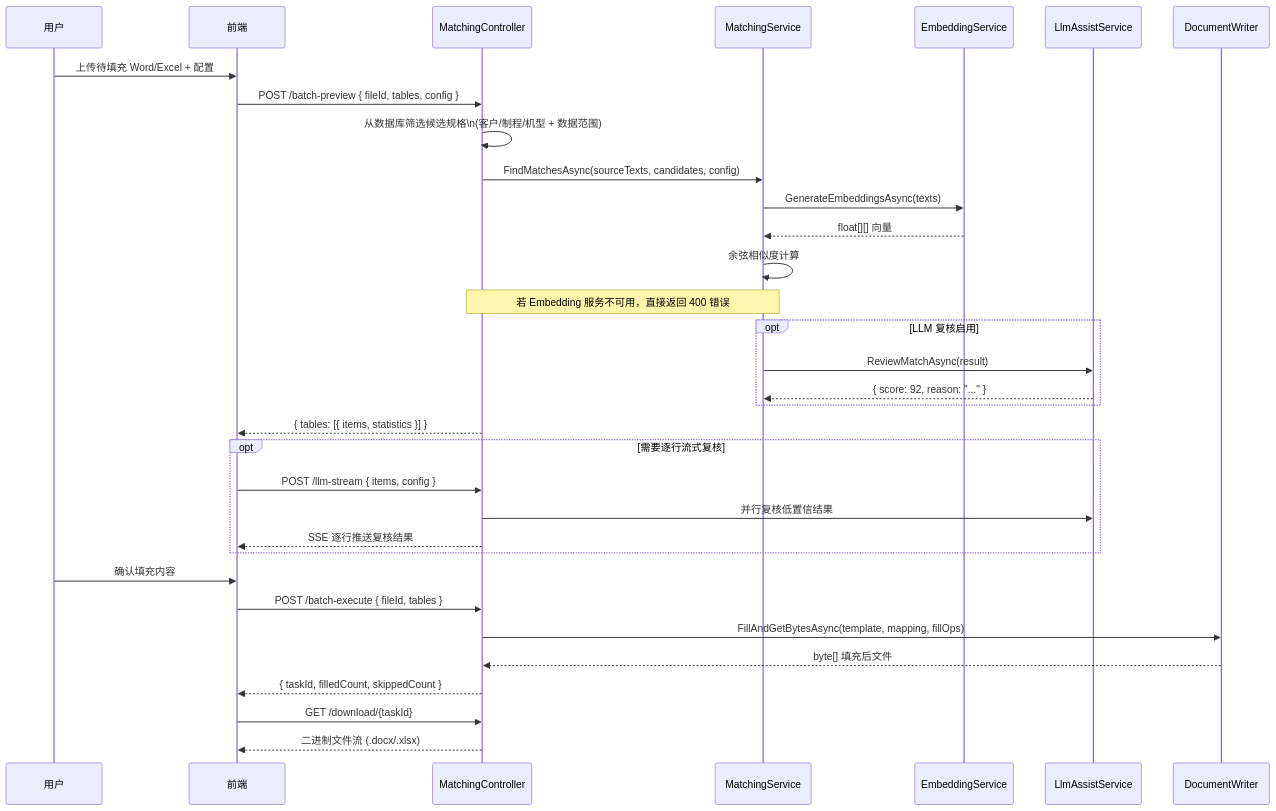
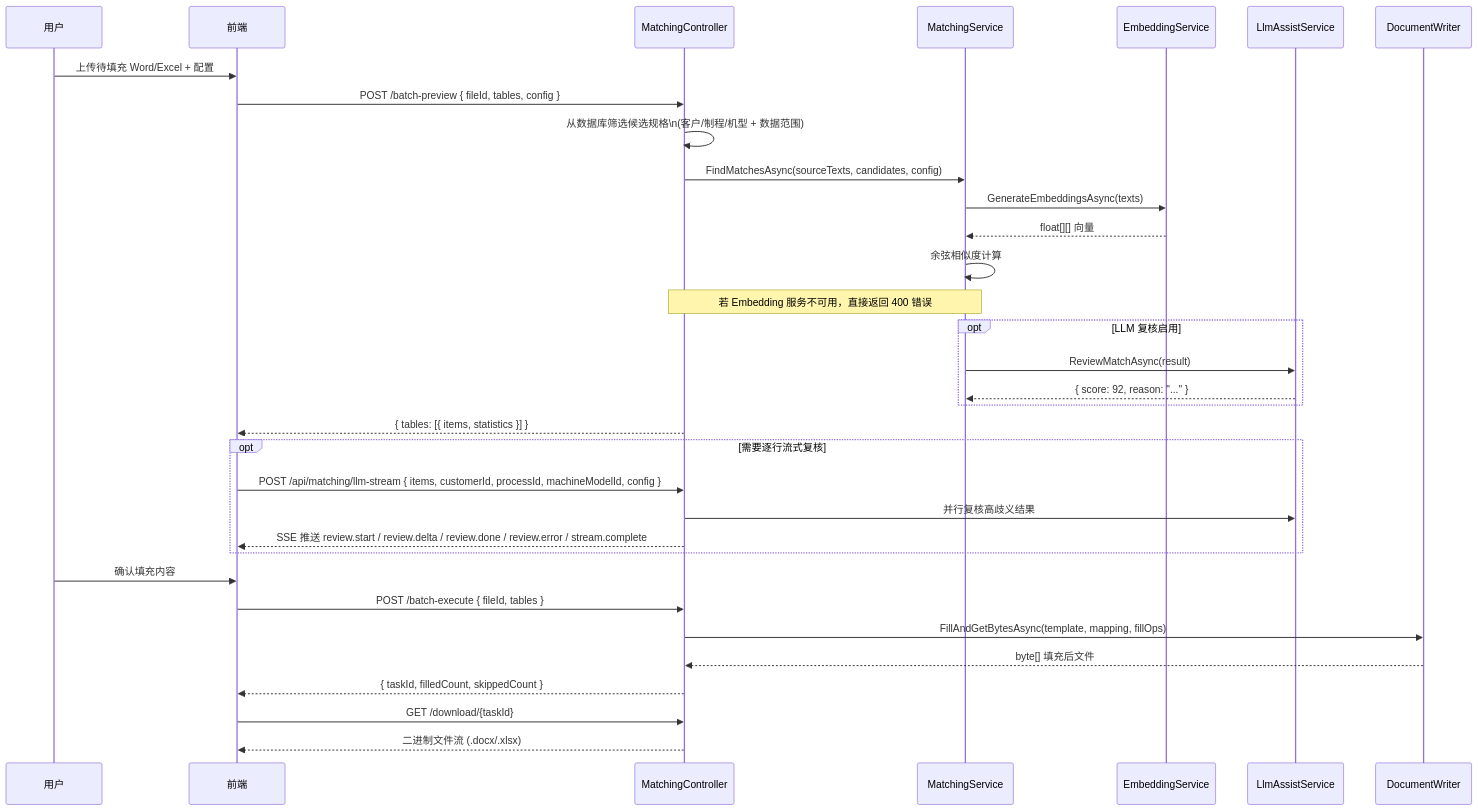
Before and after one commit to xiaocaiisxiaocai/AcceptanceSpecRecognition: diagram 18 of 28 in docs/design-overview.md, drawn with Mermaid. The commit also changed other lines of this file and 255 other files, not shown here.

````diff
--- a/docs/design-overview.md
+++ b/docs/design-overview.md
@@ -844,42 +815,42 @@
 ```mermaid
 sequenceDiagram
     participant U as 用户
     participant FE as 前端
     participant MC as MatchingController
     participant MS as MatchingService
     participant ES as EmbeddingService
     participant LLM as LlmAssistService
     participant DW as DocumentWriter
 
     U->>FE: 上传待填充 Word/Excel + 配置
     FE->>MC: POST /batch-preview { fileId, tables, config }
     MC->>MC: 从数据库筛选候选规格\n(客户/制程/机型 + 数据范围)
     MC->>MS: FindMatchesAsync(sourceTexts, candidates, config)
 
     MS->>ES: GenerateEmbeddingsAsync(texts)
     ES-->>MS: float[][] 向量
     MS->>MS: 余弦相似度计算
     Note over MC,MS: 若 Embedding 服务不可用，直接返回 400 错误
 
     opt LLM 复核启用
         MS->>LLM: ReviewMatchAsync(result)
         LLM-->>MS: { score: 92, reason: "..." }
     end
 
     MC-->>FE: { tables: [{ items, statistics }] }
 
     opt 需要逐行流式复核
-        FE->>MC: POST /llm-stream { items, config }
-        MC->>LLM: 并行复核低置信结果
-        MC-->>FE: SSE 逐行推送复核结果
+        FE->>MC: POST /api/matching/llm-stream { items, customerId, processId, machineModelId, config }
+        MC->>LLM: 并行复核高歧义结果
+        MC-->>FE: SSE 推送 review.start / review.delta / review.done / review.error / stream.complete
     end
 
     U->>FE: 确认填充内容
     FE->>MC: POST /batch-execute { fileId, tables }
     MC->>DW: FillAndGetBytesAsync(template, mapping, fillOps)
     DW-->>MC: byte[] 填充后文件
     MC-->>FE: { taskId, filledCount, skippedCount }
 
     FE->>MC: GET /download/{taskId}
     MC-->>FE: 二进制文件流 (.docx/.xlsx)
 ```
````
